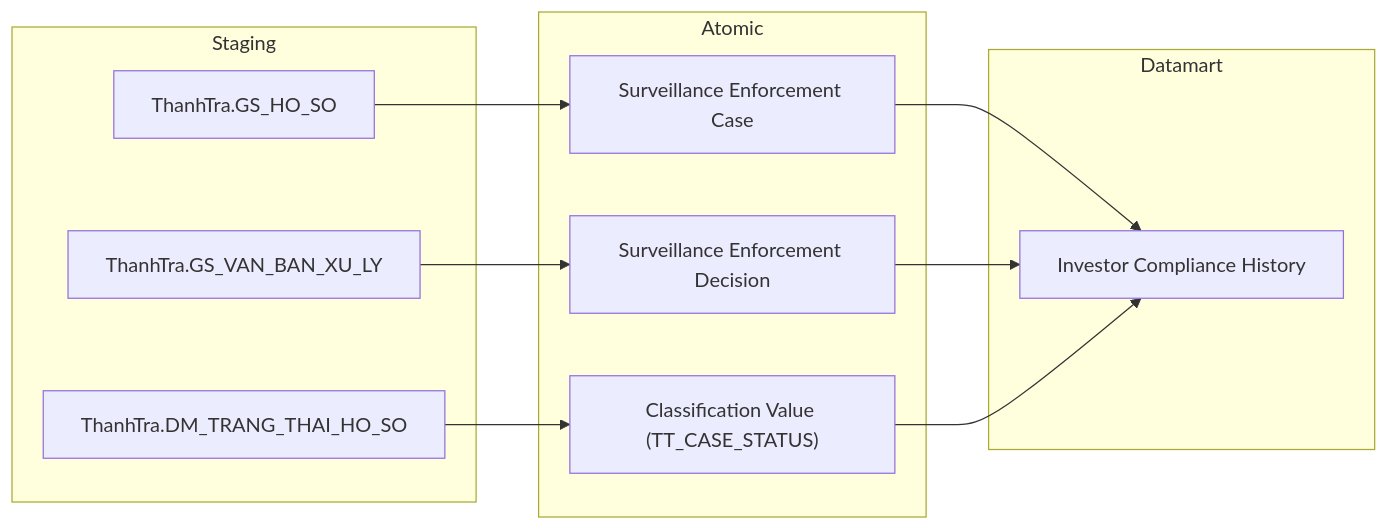
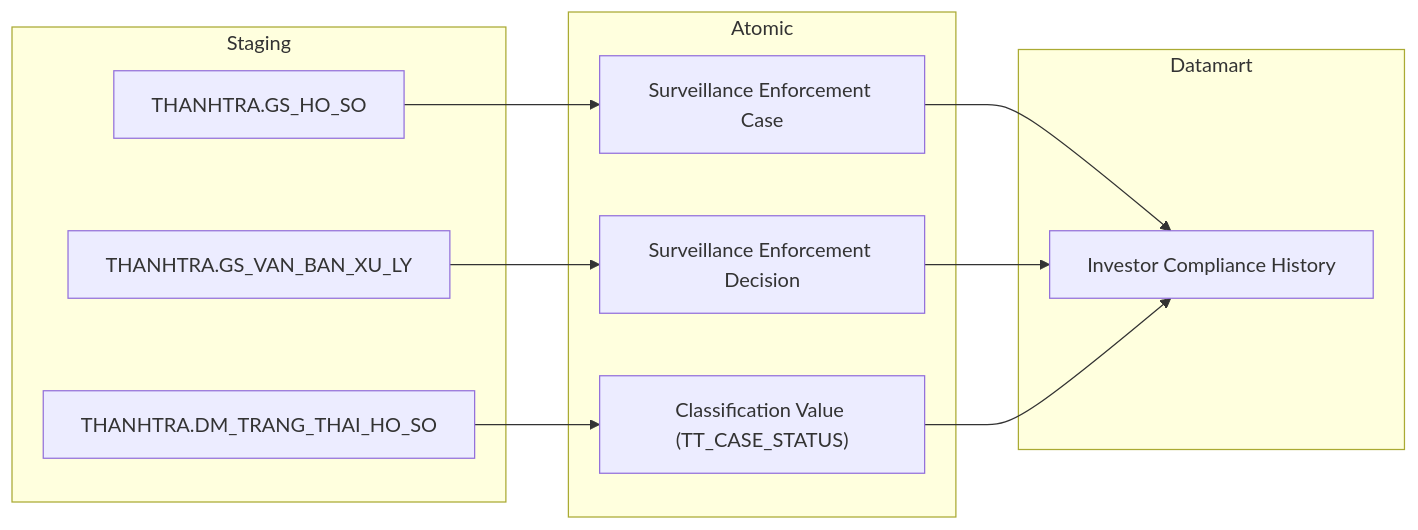
The fourth of 34 diagrams in Datamart/hld/DTM_NDTNN_HLD.md (linhlvit/ubck_atomic_design), drawn with Mermaid before and after one commit. The commit also changed 463 other files, not shown here.

````diff
--- a/Datamart/hld/DTM_NDTNN_HLD.md
+++ b/Datamart/hld/DTM_NDTNN_HLD.md
@@ -141,26 +141,26 @@
 ```mermaid
 flowchart LR
     subgraph SRC["Staging"]
-        S1["ThanhTra.GS_HO_SO"]
-        S2["ThanhTra.GS_VAN_BAN_XU_LY"]
-        S3["ThanhTra.DM_TRANG_THAI_HO_SO"]
+        S1["THANHTRA.GS_HO_SO"]
+        S2["THANHTRA.GS_VAN_BAN_XU_LY"]
+        S3["THANHTRA.DM_TRANG_THAI_HO_SO"]
     end
 
     subgraph SIL["Atomic"]
         SV1["Surveillance Enforcement Case"]
         SV2["Surveillance Enforcement Decision"]
         SV3["Classification Value (TT_CASE_STATUS)"]
     end
 
     subgraph Datamart["Datamart"]
         G1["Investor Compliance History"]
     end
 
     S1 --> SV1
     S2 --> SV2
     S3 --> SV3
 
     SV1 --> G1
     SV2 --> G1
     SV3 --> G1
 ```
````
